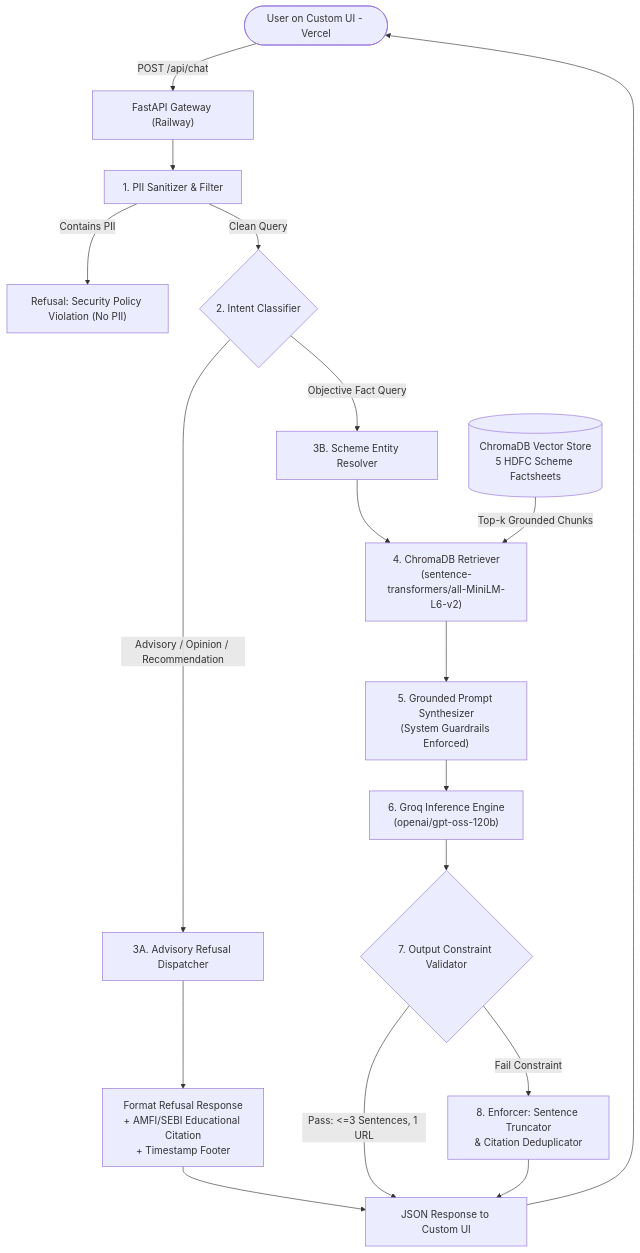
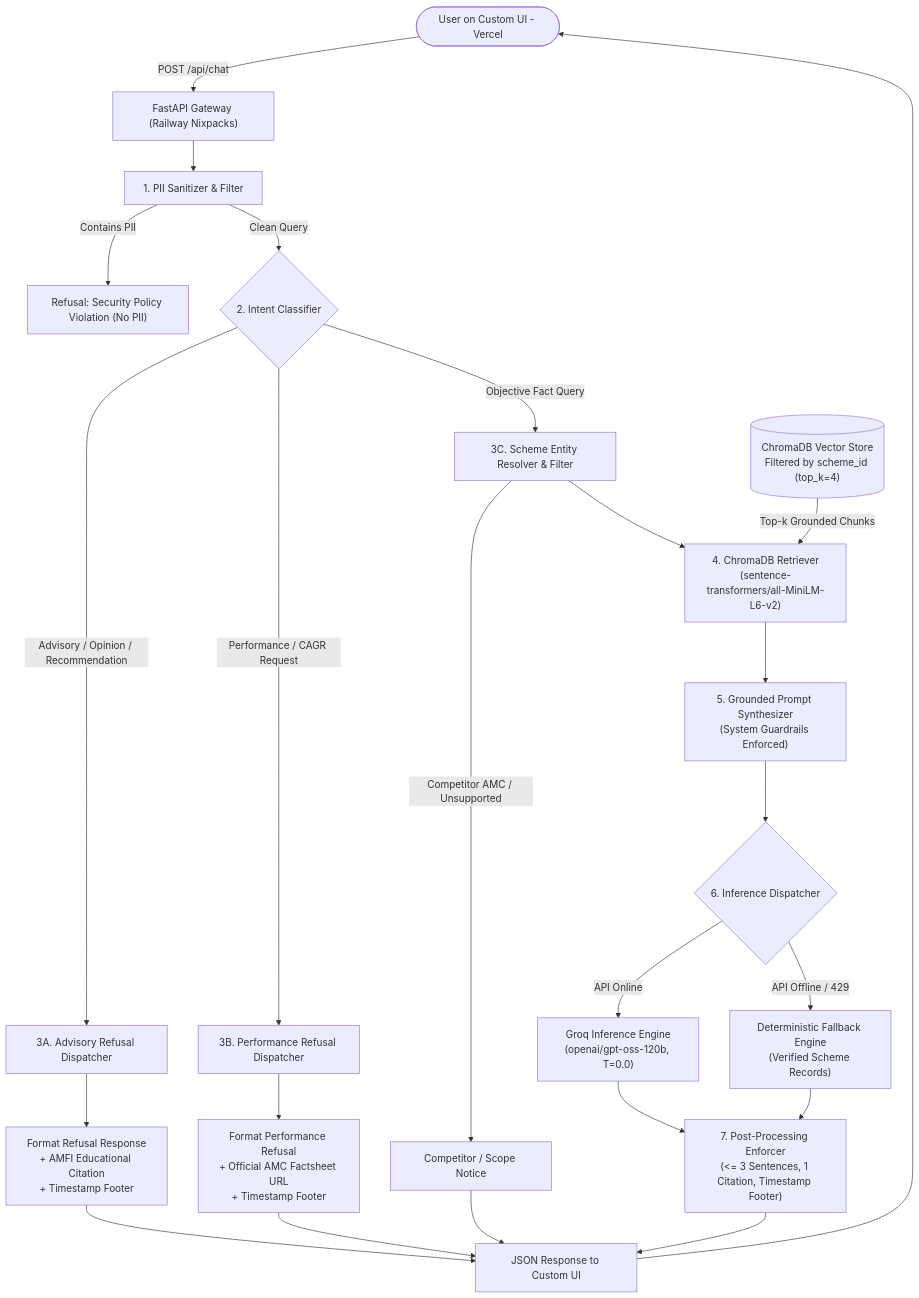
One commit to beyoujagat/fundcompass-rag-chatbot changed the first of 3 diagrams in docs/architecture.md. Above: the diagram before and after it, drawn with Mermaid. The commit also changed other lines of this file and 9 other files, not shown here.

````diff
--- a/docs/architecture.md
+++ b/docs/architecture.md
@@ -71,28 +76,37 @@
 ```mermaid
 flowchart TD
-    User([User on Custom UI - Vercel]) -->|POST /api/chat| FastAPIServer["FastAPI Gateway (Railway)"]
+    User([User on Custom UI - Vercel]) -->|POST /api/chat| FastAPIServer["FastAPI Gateway (Railway Nixpacks)"]
     FastAPIServer --> PIIFilter["1. PII Sanitizer & Filter"]
     
     PIIFilter -->|Contains PII| PIIRefusal["Refusal: Security Policy Violation (No PII)"]
     PIIFilter -->|Clean Query| IntentClassifier{"2. Intent Classifier"}
 
     %% Advisory Path
     IntentClassifier -->|"Advisory / Opinion / Recommendation"| AdvisoryEngine["3A. Advisory Refusal Dispatcher"]
-    AdvisoryEngine --> RefusalFormatter["Format Refusal Response<br>+ AMFI/SEBI Educational Citation<br>+ Timestamp Footer"]
+    AdvisoryEngine --> RefusalFormatter["Format Refusal Response<br>+ AMFI Educational Citation<br>+ Timestamp Footer"]
     RefusalFormatter --> JSONResponse["JSON Response to Custom UI"]
 
+    %% Performance Path
+    IntentClassifier -->|"Performance / CAGR Request"| PerfEngine["3B. Performance Refusal Dispatcher"]
+    PerfEngine --> PerfFormatter["Format Performance Refusal<br>+ Official AMC Factsheet URL<br>+ Timestamp Footer"]
+    PerfFormatter --> JSONResponse
+
     %% Factual Path
-    IntentClassifier -->|"Objective Fact Query"| EntityExtractor["3B. Scheme Entity Resolver"]
+    IntentClassifier -->|"Objective Fact Query"| EntityExtractor["3C. Scheme Entity Resolver & Filter"]
+    EntityExtractor -->|Competitor AMC / Unsupported| ScopeNotice["Competitor / Scope Notice"]
+    ScopeNotice --> JSONResponse
+
     EntityExtractor --> VectorRetriever["4. ChromaDB Retriever<br>(sentence-transformers/all-MiniLM-L6-v2)"]
     
-    VectorStore[("ChromaDB Vector Store<br>5 HDFC Scheme Factsheets")] -->|Top-k Grounded Chunks| VectorRetriever
+    VectorStore[("ChromaDB Vector Store<br>Filtered by scheme_id (top_k=4)")] -->|Top-k Grounded Chunks| VectorRetriever
     
     VectorRetriever --> PromptBuilder["5. Grounded Prompt Synthesizer<br>(System Guardrails Enforced)"]
-    PromptBuilder --> GroqLLM["6. Groq Inference Engine<br>(openai/gpt-oss-120b)"]
-    GroqLLM --> PostValidator{"7. Output Constraint Validator"}
+    PromptBuilder --> GroqLLM{"6. Inference Dispatcher"}
+    GroqLLM -->|API Online| GroqInference["Groq Inference Engine<br>(openai/gpt-oss-120b, T=0.0)"]
+    GroqLLM -->|API Offline / 429| FallbackEngine["Deterministic Fallback Engine<br>(Verified Scheme Records)"]
 
-    PostValidator -->|"Pass: <=3 Sentences, 1 URL"| JSONResponse
-    PostValidator -->|"Fail Constraint"| PostSanitizer["8. Enforcer: Sentence Truncator<br>& Citation Deduplicator"]
+    GroqInference --> PostSanitizer["7. Post-Processing Enforcer<br>(<= 3 Sentences, 1 Citation, Timestamp Footer)"]
+    FallbackEngine --> PostSanitizer
     PostSanitizer --> JSONResponse
     JSONResponse --> User
 ```
````
